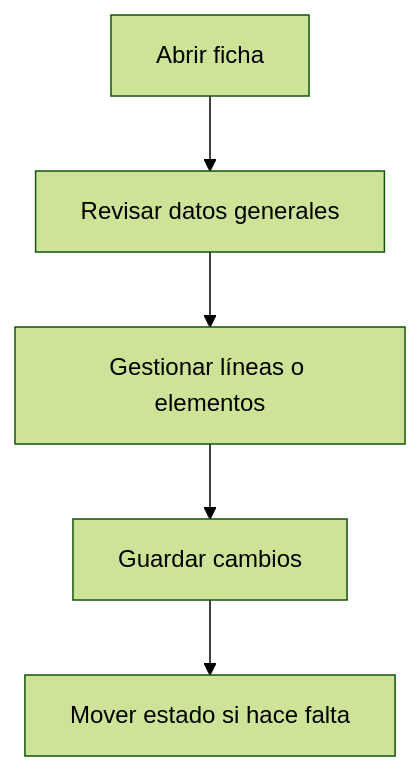
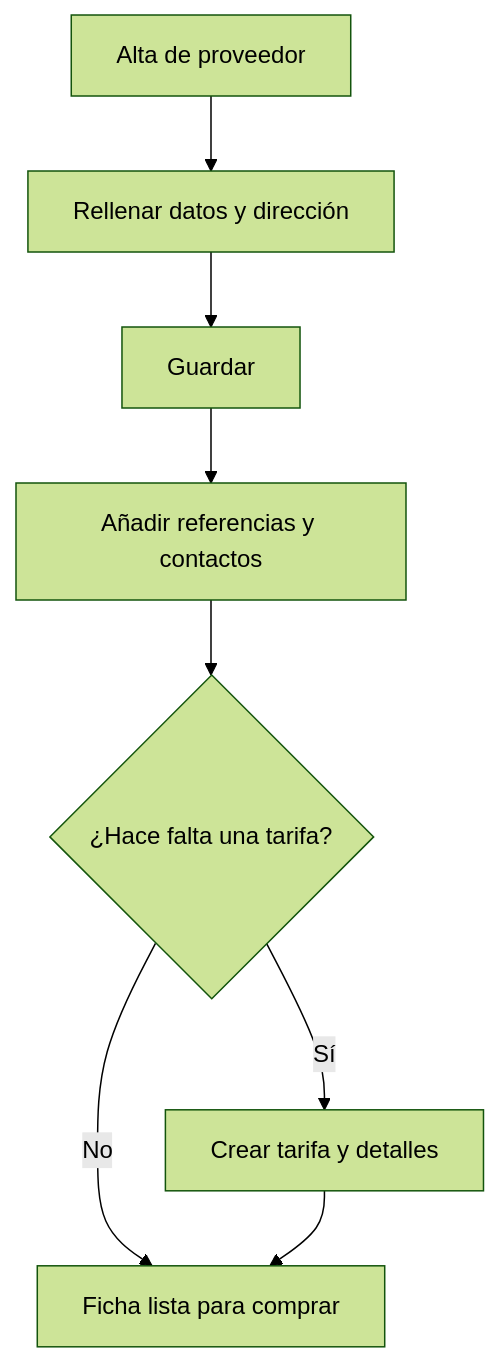
One commit to MGurtD/lilith changed the diagram in frontend/src/help/es/purchase/supplier/detail.md. Above: the diagram before and after it, drawn with Mermaid (forest theme). The commit also changed other lines of this file and 331 other files, not shown here.

````diff
--- a/frontend/src/help/es/purchase/supplier/detail.md
+++ b/frontend/src/help/es/purchase/supplier/detail.md
@@ -36,7 +52,10 @@
 ```mermaid
 flowchart TD
-    A[Abrir ficha] --> B[Revisar datos generales]
-    B --> C[Gestionar líneas o elementos]
-    C --> D[Guardar cambios]
-    D --> E[Mover estado si hace falta]
+    A[Alta de proveedor] --> B[Rellenar datos y dirección]
+    B --> C[Guardar]
+    C --> D[Añadir referencias y contactos]
+    D --> E{¿Hace falta una tarifa?}
+    E -->|Sí| F[Crear tarifa y detalles]
+    E -->|No| G[Ficha lista para comprar]
+    F --> G
 ```
````
